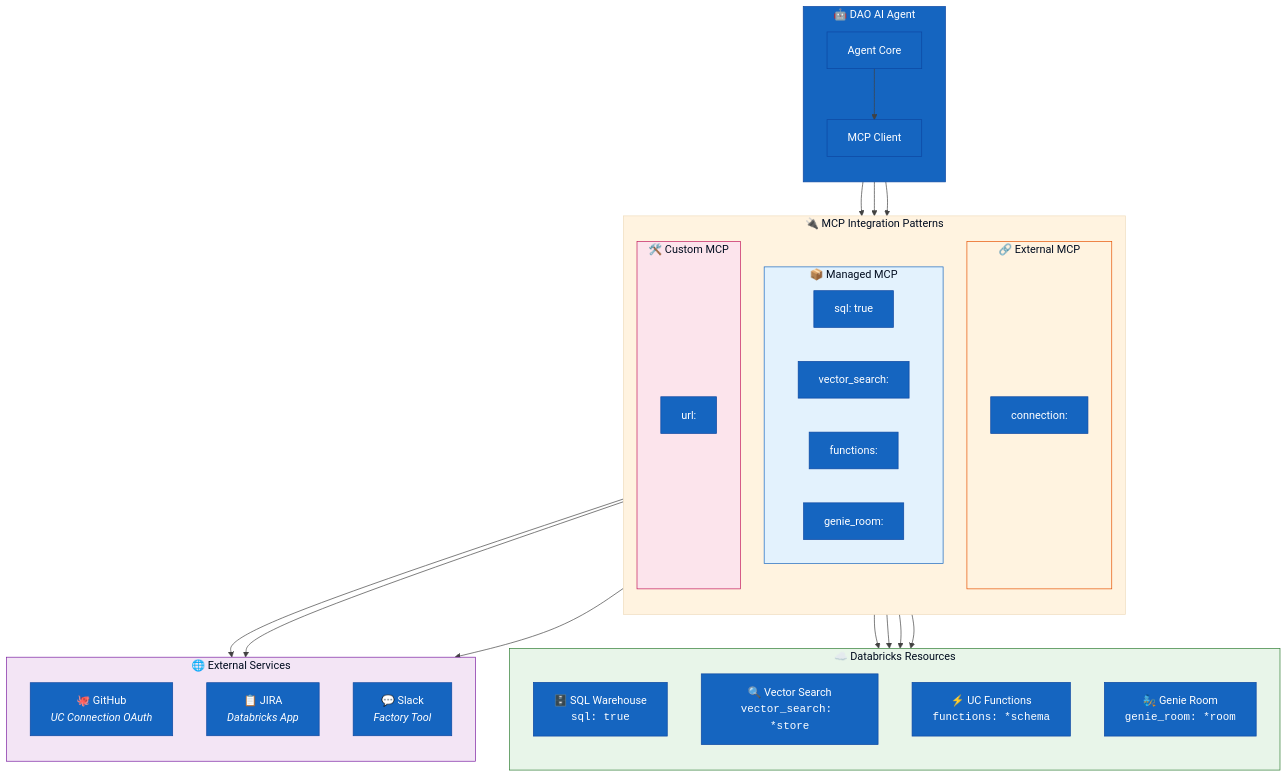
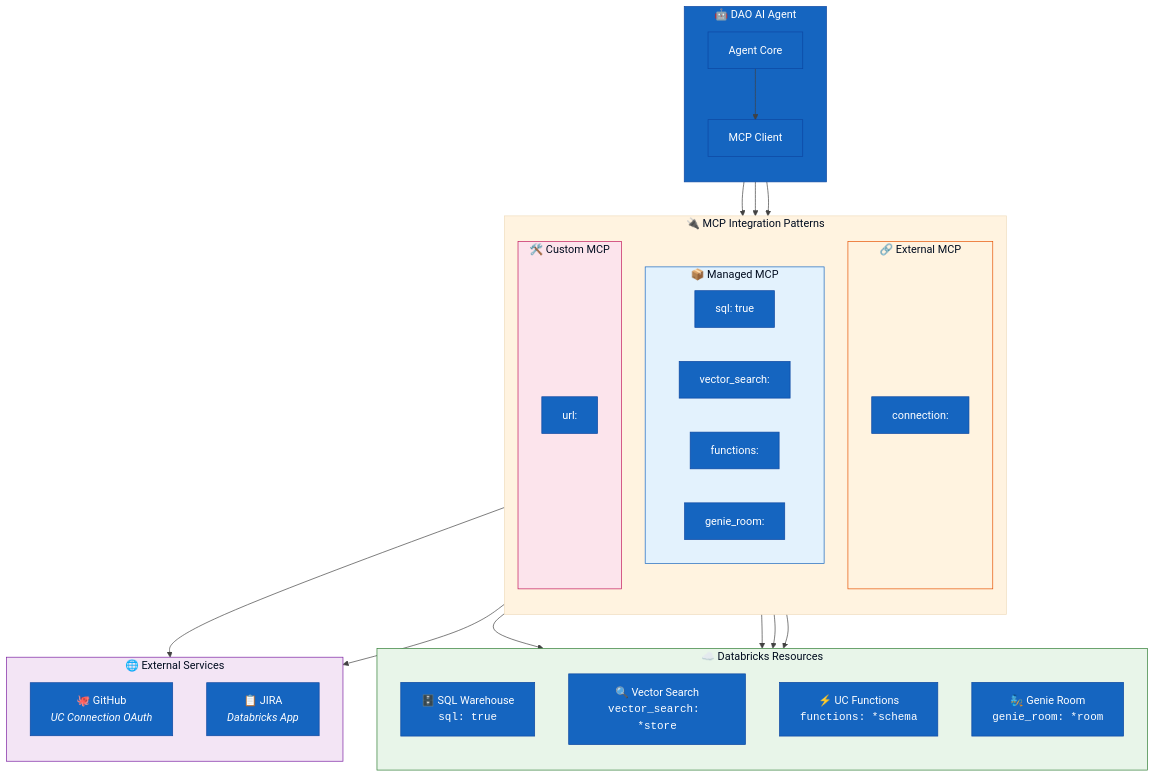
The first of 9 diagrams in config/examples/02_mcp/README.md (natefleming/retail-ai), drawn with Mermaid before and after one commit. The commit also changed other lines of this file and 10 other files, not shown here.

````diff
--- a/config/examples/02_mcp/README.md
+++ b/config/examples/02_mcp/README.md
@@ -9,64 +9,62 @@
 ```mermaid
 %%{init: {'theme': 'base', 'themeVariables': { 'primaryColor': '#1565c0', 'primaryTextColor': '#fff', 'primaryBorderColor': '#0d47a1', 'lineColor': '#424242', 'secondaryColor': '#e8f5e9', 'tertiaryColor': '#fff3e0'}}}%%
 flowchart TB
     subgraph Agent["🤖 DAO AI Agent"]
         direction TB
         Core["Agent Core"]
         MCPClient["MCP Client"]
         Core --> MCPClient
     end
 
     subgraph MCPTypes["🔌 MCP Integration Patterns"]
         direction TB
         subgraph Managed["📦 Managed MCP"]
             direction LR
             SQL["sql: true"]
             VS["vector_search:"]
             FN["functions:"]
             GE["genie_room:"]
         end
         
         subgraph External["🔗 External MCP"]
             UC["connection:"]
         end
         
         subgraph Custom["🛠️ Custom MCP"]
             URL["url:"]
         end
     end
 
     subgraph DBResources["☁️ Databricks Resources"]
         direction TB
         DBSQL["🗄️ SQL Warehouse<br/><code>sql: true</code>"]
         VectorStore["🔍 Vector Search<br/><code>vector_search: *store</code>"]
         UCFuncs["⚡ UC Functions<br/><code>functions: *schema</code>"]
         GenieRoom["🧞 Genie Room<br/><code>genie_room: *room</code>"]
     end
 
     subgraph ExtServices["🌐 External Services"]
         direction TB
         GitHub["🐙 GitHub<br/><i>UC Connection OAuth</i>"]
         JIRA["📋 JIRA<br/><i>Databricks App</i>"]
-        Slack["💬 Slack<br/><i>Factory Tool</i>"]
     end
 
     MCPClient --> Managed
     MCPClient --> External
     MCPClient --> Custom
     
     SQL --> DBSQL
     VS --> VectorStore
     FN --> UCFuncs
     GE --> GenieRoom
     
     UC --> GitHub
     URL --> JIRA
-    URL --> Slack
 
     style Agent fill:#1565c0,stroke:#0d47a1,color:#fff
     style Managed fill:#e3f2fd,stroke:#1565c0
     style External fill:#fff3e0,stroke:#e65100
     style Custom fill:#fce4ec,stroke:#c2185b
     style DBResources fill:#e8f5e9,stroke:#2e7d32
     style ExtServices fill:#f3e5f5,stroke:#7b1fa2
 ```
````
